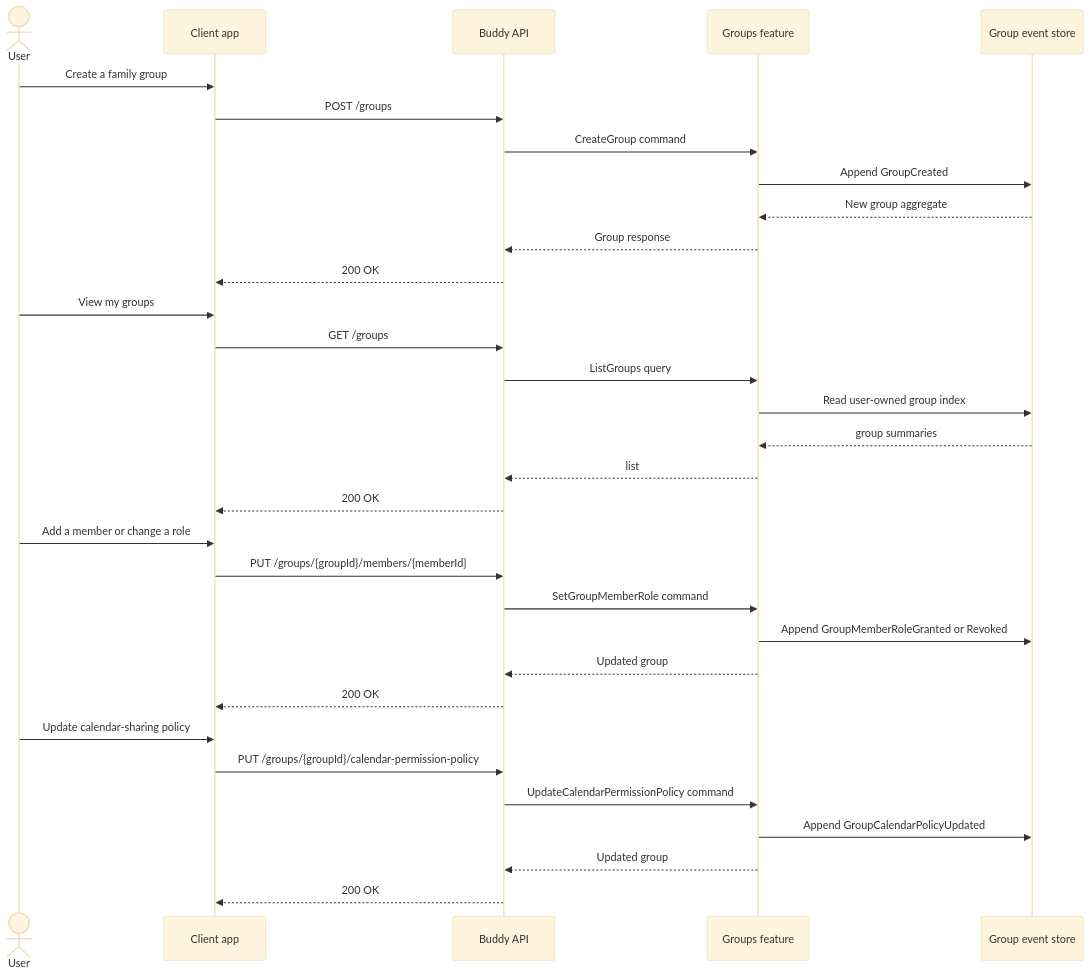
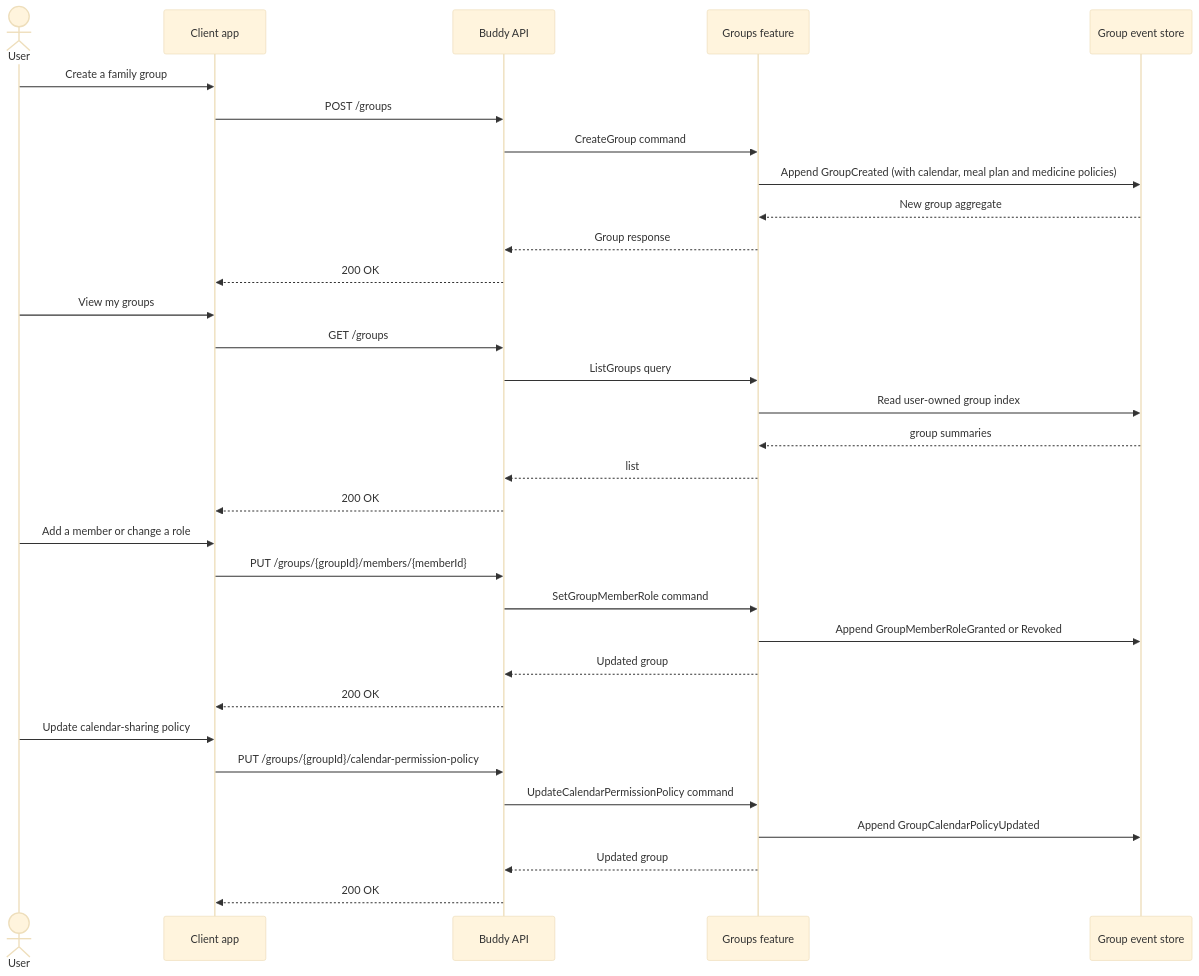
One commit to kimipsen/buddy changed the first of 2 diagrams in docs/backend/groups/flow.md. Above: the diagram before and after it, drawn with Mermaid (base theme). The commit also changed 86 other files, not shown here.

````diff
--- a/docs/backend/groups/flow.md
+++ b/docs/backend/groups/flow.md
@@ -5,38 +5,38 @@
 ```mermaid
 sequenceDiagram
     actor User
     participant App as Client app
     participant API as Buddy API
     participant Groups as Groups feature
     participant Store as Group event store
 
     User->>App: Create a family group
     App->>API: POST /groups
     API->>Groups: CreateGroup command
-    Groups->>Store: Append GroupCreated
+    Groups->>Store: Append GroupCreated (with calendar, meal plan and medicine policies)
     Store-->>Groups: New group aggregate
     Groups-->>API: Group response
     API-->>App: 200 OK
 
     User->>App: View my groups
     App->>API: GET /groups
     API->>Groups: ListGroups query
     Groups->>Store: Read user-owned group index
     Store-->>Groups: group summaries
     Groups-->>API: list
     API-->>App: 200 OK
 
     User->>App: Add a member or change a role
     App->>API: PUT /groups/{groupId}/members/{memberId}
     API->>Groups: SetGroupMemberRole command
     Groups->>Store: Append GroupMemberRoleGranted or Revoked
     Groups-->>API: Updated group
     API-->>App: 200 OK
 
     User->>App: Update calendar-sharing policy
     App->>API: PUT /groups/{groupId}/calendar-permission-policy
     API->>Groups: UpdateCalendarPermissionPolicy command
     Groups->>Store: Append GroupCalendarPolicyUpdated
     Groups-->>API: Updated group
     API-->>App: 200 OK
 ```
````
